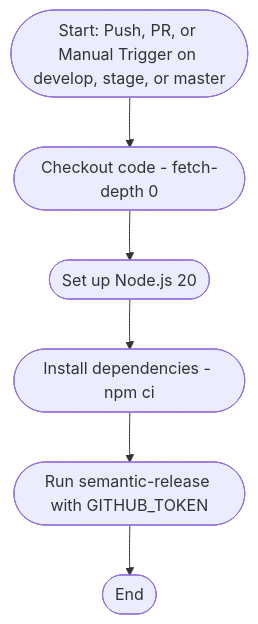
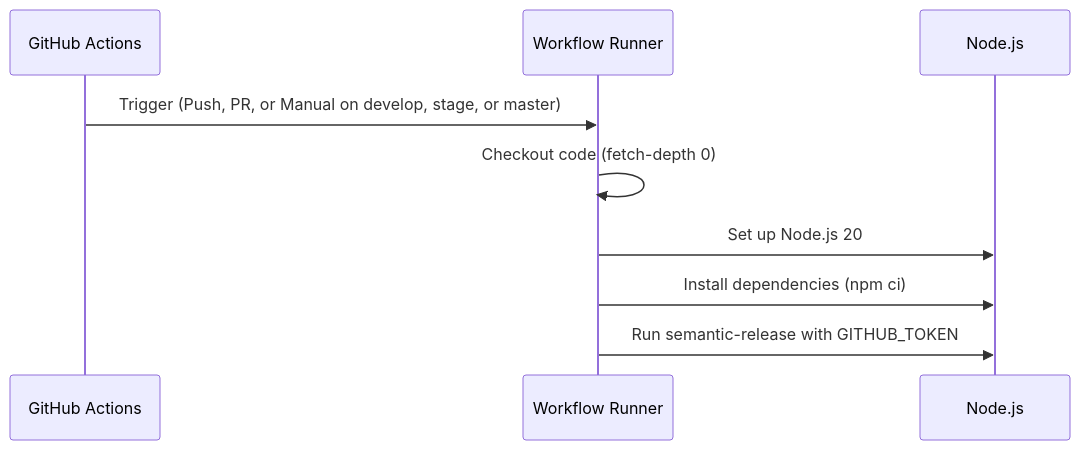
The second of 5 diagrams in README.md (FelipeBarretoB/ecommerce-microservice-backend-app), drawn with Mermaid before and after one commit. The commit also changed other lines of this file, not shown here.

Commit message:
chore: changed from flow diagrams to sequence diagrams

````diff
--- a/README.md
+++ b/README.md
@@ -181,15 +176,12 @@
 ```mermaid
-flowchart TD
-    A([Start: Push, PR, or Manual Trigger on develop, stage, or master])
-    B([Checkout code - fetch-depth 0])
-    C([Set up Node.js 20])
-    D([Install dependencies - npm ci])
-    E([Run semantic-release with GITHUB_TOKEN])
-    F([End])
+sequenceDiagram
+    participant GitHub as GitHub Actions
+    participant Runner as Workflow Runner
+    participant Node as Node.js
 
-    A --> B
-    B --> C
-    C --> D
-    D --> E
-    E --> F
+    GitHub->>Runner: Trigger (Push, PR, or Manual on develop, stage, or master)
+    Runner->>Runner: Checkout code (fetch-depth 0)
+    Runner->>Node: Set up Node.js 20
+    Runner->>Node: Install dependencies (npm ci)
+    Runner->>Node: Run semantic-release with GITHUB_TOKEN
 ```
````
